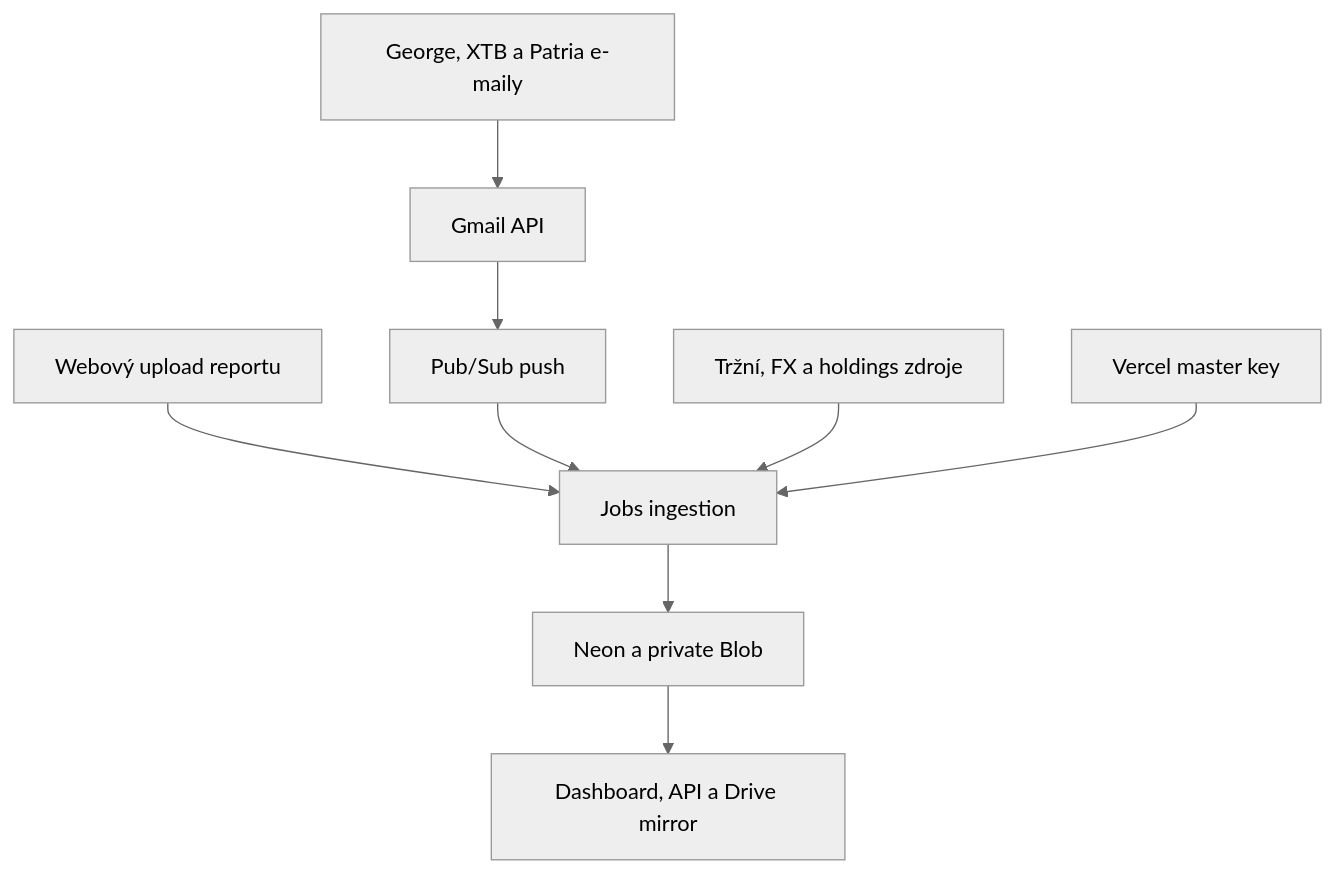
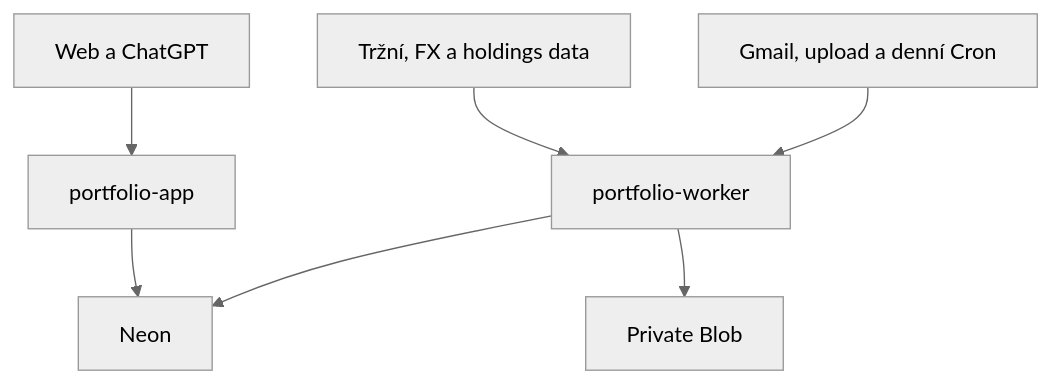
Before and after one commit to jgillern/portfolio: the second of 2 diagrams in README.md, drawn with Mermaid (neutral theme). The commit also changed other lines of this file, not shown here.

Commit message:
docs: simplify portfolio tracker architecture

````diff
--- a/README.md
+++ b/README.md
@@ -466,11 +460,9 @@
 ```mermaid
 flowchart TD
-    A["George, XTB a Patria e-maily"] --> B["Gmail API"]
-    B --> C["Pub/Sub push"]
-    D["Webový upload reportu"] --> E["Jobs ingestion"]
-    C --> E
-    F["Tržní, FX a holdings zdroje"] --> E
-    G["Vercel master key"] --> E
-    E --> H["Neon a private Blob"]
-    H --> I["Dashboard, API a Drive mirror"]
+    A["Gmail, upload a denní Cron"] --> B["portfolio-worker"]
+    C["Tržní, FX a holdings data"] --> B
+    B --> D["Neon"]
+    B --> G["Private Blob"]
+    E["Web a ChatGPT"] --> F["portfolio-app"]
+    F --> D
 ```
````
